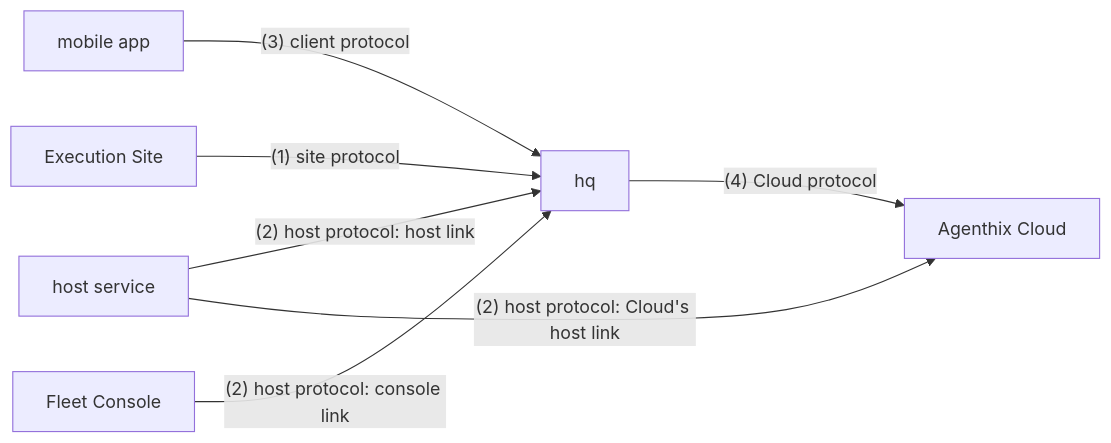
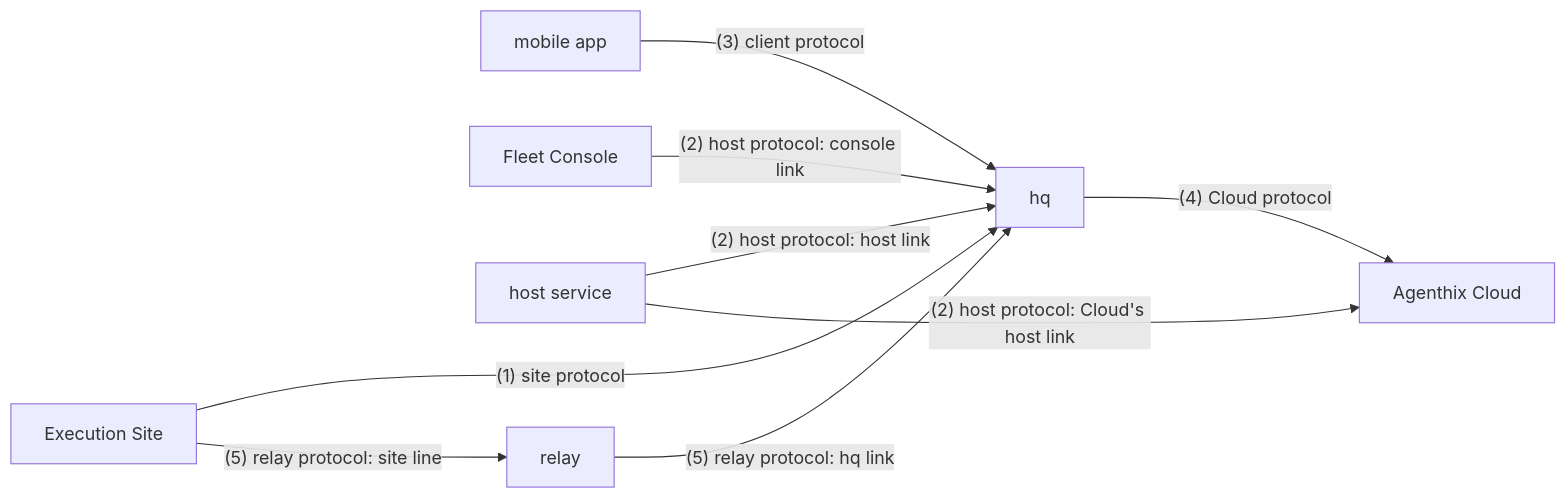
Before and after one commit to solution84-com/agenthix: the diagram in docs/architecture/versioning.md, drawn with Mermaid. The commit also changed other lines of this file and 42 other files, not shown here.

Commit message:
docs: files and relays in the architecture, concepts and user guide; notes on the decision records this changed; the QA contract — stories US-390 to US-397 and scenarios SC-1447 to SC-1595

````diff
--- a/docs/architecture/versioning.md
+++ b/docs/architecture/versioning.md
@@ -17,9 +17,11 @@
 ```mermaid
 flowchart LR
     MA["mobile app"] -->|"(3) client protocol"| HQ["hq"]
     SITE["Execution Site"] -->|"(1) site protocol"| HQ
     FC["Fleet Console"] -->|"(2) host protocol: console link"| HQ
     HS["host service"] -->|"(2) host protocol: host link"| HQ
     HS -->|"(2) host protocol: Cloud's host link"| CL["Agenthix Cloud"]
     HQ -->|"(4) Cloud protocol"| CL
+    SITE -->|"(5) relay protocol: site line"| RL["relay"]
+    RL -->|"(5) relay protocol: hq link"| HQ
 ```
````
